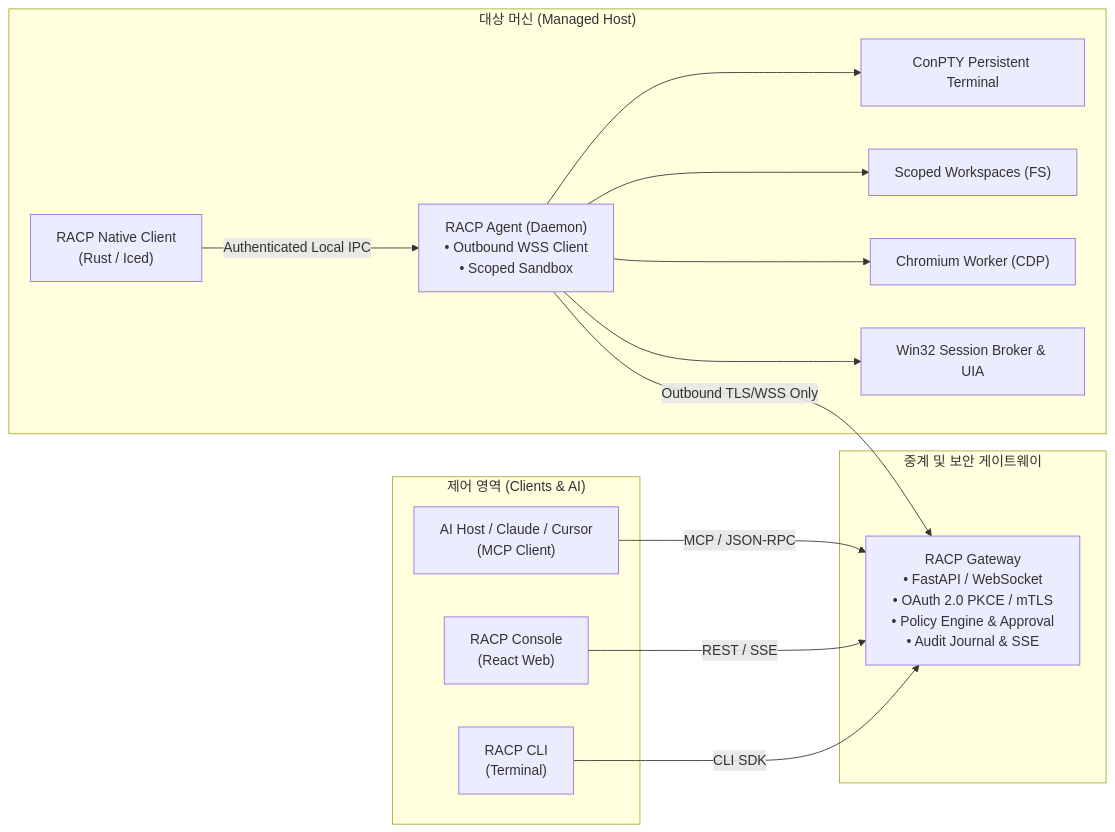
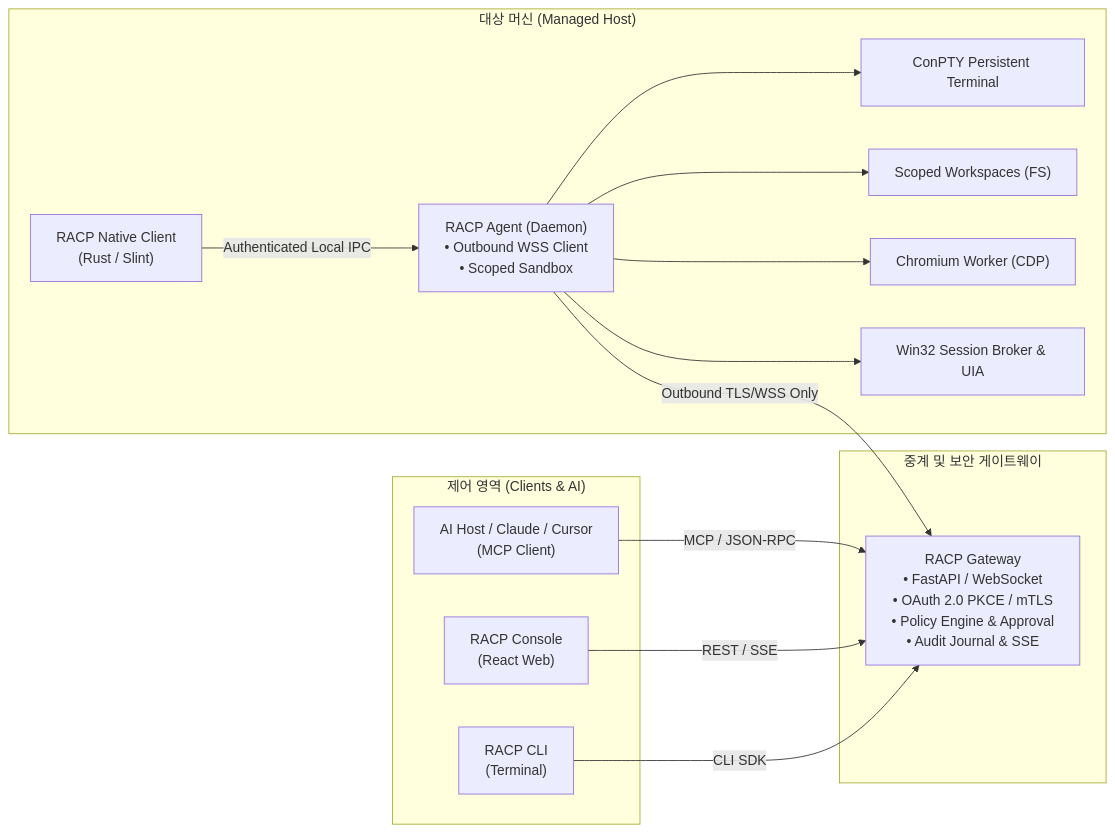
Before and after one commit to tlsdbcjs/Remote-Desktop-Commander: the diagram in README.md, drawn with Mermaid. The commit also changed other lines of this file and 76 other files, not shown here.

First line of the commit message:
refactor(client): make Slint the only GUI and remove Iced (ADR-0032 step 5)

````diff
--- a/README.md
+++ b/README.md
@@ -62,32 +62,32 @@
 ```mermaid
 flowchart LR
     subgraph ControlPlane["제어 영역 (Clients & AI)"]
         AI["AI Host / Claude / Cursor<br/>(MCP Client)"]
         WEB["RACP Console<br/>(React Web)"]
         CLI["RACP CLI<br/>(Terminal)"]
     end
 
     subgraph GatewayPlane["중계 및 보안 게이트웨이"]
         GW["RACP Gateway<br/>• FastAPI / WebSocket<br/>• OAuth 2.0 PKCE / mTLS<br/>• Policy Engine & Approval<br/>• Audit Journal & SSE"]
     end
 
     subgraph TargetPlane["대상 머신 (Managed Host)"]
-        GUI["RACP Native Client<br/>(Rust / Iced)"]
+        GUI["RACP Native Client<br/>(Rust / Slint)"]
         AGT["RACP Agent (Daemon)<br/>• Outbound WSS Client<br/>• Scoped Sandbox"]
         PTY["ConPTY Persistent Terminal"]
         FS["Scoped Workspaces (FS)"]
         BRW["Chromium Worker (CDP)"]
         BRK["Win32 Session Broker & UIA"]
     end
 
     AI -->|MCP / JSON-RPC| GW
     GUI -->|Authenticated Local IPC| AGT
     WEB -->|REST / SSE| GW
     CLI -->|CLI SDK| GW
 
     AGT -->|Outbound TLS/WSS Only| GW
     AGT --> PTY
     AGT --> FS
     AGT --> BRW
     AGT --> BRK
 ```
````
